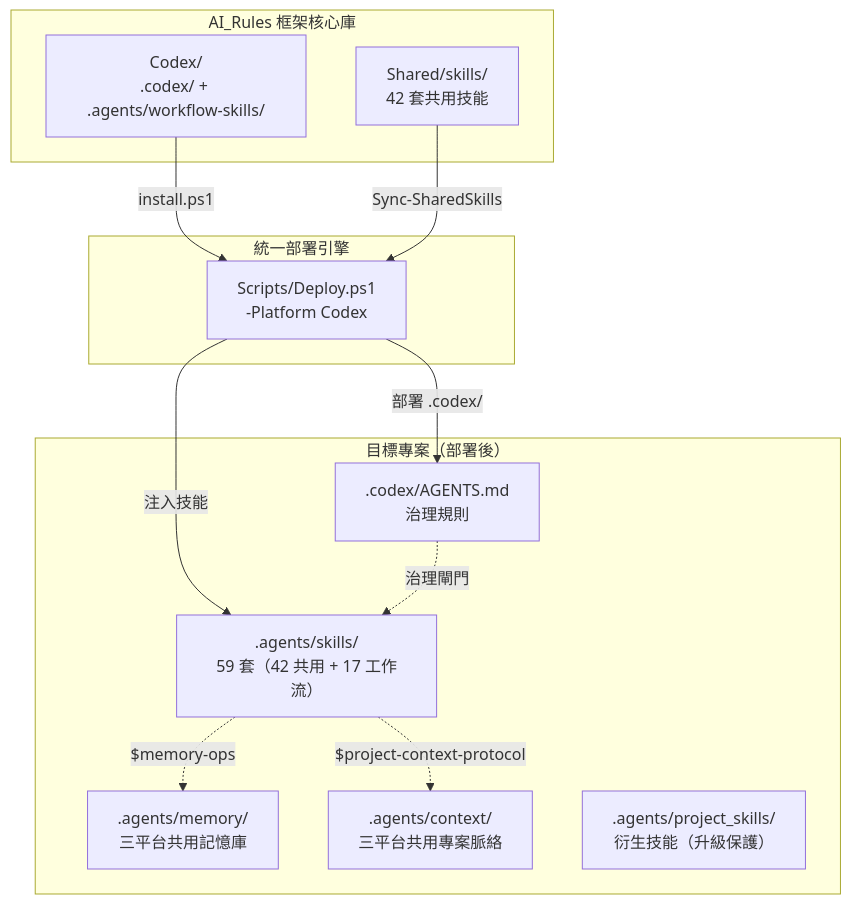
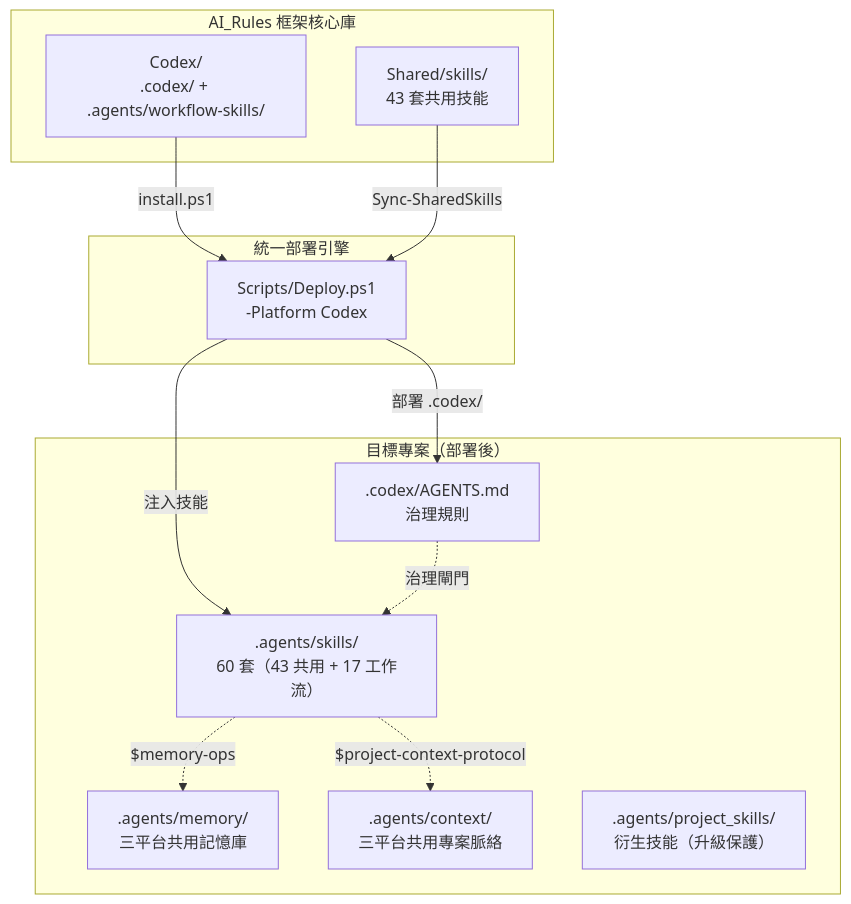
One commit to Kunshao1117/AI_Rules changed the first of 2 diagrams in Codex/README.md. Above: the diagram before and after it, drawn with Mermaid. The commit also changed other lines of this file and 78 other files, not shown here.

````diff
--- a/Codex/README.md
+++ b/Codex/README.md
@@ -78,27 +78,27 @@
 ```mermaid
 graph TB
     subgraph "AI_Rules 框架核心庫"
         SRC["Codex/<br/>.codex/ + .agents/workflow-skills/"]
-        SH["Shared/skills/<br/>42 套共用技能"]
+        SH["Shared/skills/<br/>43 套共用技能"]
     end
 
     subgraph "統一部署引擎"
         DEPLOY["Scripts/Deploy.ps1<br/>-Platform Codex"]
     end
 
     subgraph "目標專案（部署後）"
         CODEX[".codex/AGENTS.md<br/>治理規則"]
-        SKILLS[".agents/skills/<br/>59 套（42 共用 + 17 工作流）"]
+        SKILLS[".agents/skills/<br/>60 套（43 共用 + 17 工作流）"]
         MEM[".agents/memory/<br/>三平台共用記憶庫"]
         CTX[".agents/context/<br/>三平台共用專案脈絡"]
         PROJ[".agents/project_skills/<br/>衍生技能（升級保護）"]
     end
 
     SRC -->|"install.ps1"| DEPLOY
     SH -->|"Sync-SharedSkills"| DEPLOY
     DEPLOY -->|"部署 .codex/"| CODEX
     DEPLOY -->|"注入技能"| SKILLS
     SKILLS -.->|"$memory-ops"| MEM
     SKILLS -.->|"$project-context-protocol"| CTX
     CODEX -.->|"治理閘門"| SKILLS
 ```
````
